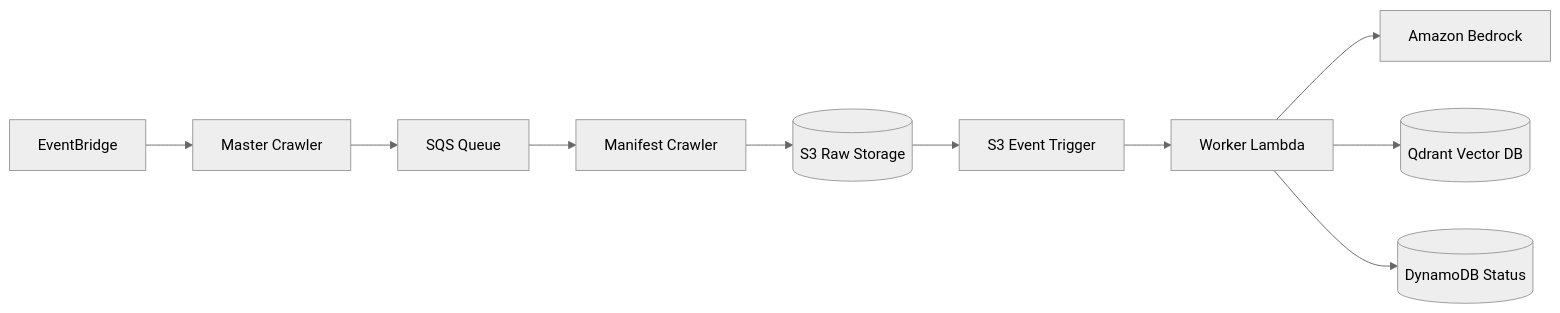
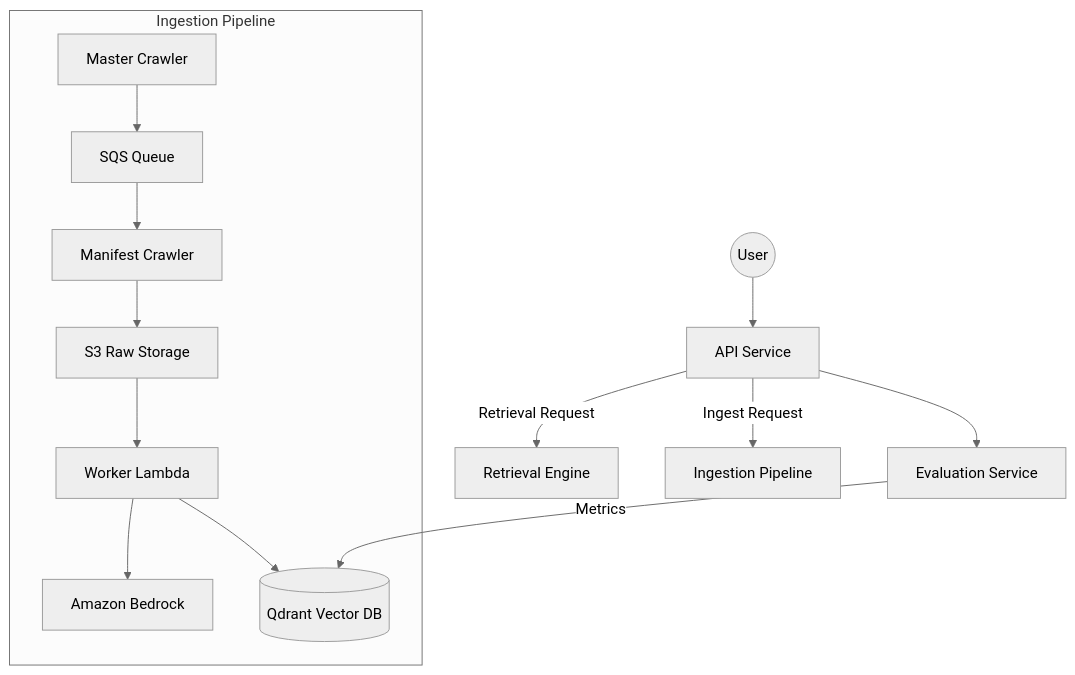
Before and after one commit to abhindeves/langchain_docs_rag: the diagram in openwiki/architecture/overview.md, drawn with Mermaid (neutral theme). The commit also changed other lines of this file and 14 other files, not shown here.

````diff
--- a/openwiki/architecture/overview.md
+++ b/openwiki/architecture/overview.md
@@ -49,12 +25,18 @@
 ```mermaid
-flowchart LR
-    EB[EventBridge] --> MC[Master Crawler]
-    MC --> Q[SQS Queue]
-    Q --> ManC[Manifest Crawler]
-    ManC --> S3Raw[(S3 Raw Storage)]
-    S3Raw --> S3Trigger[S3 Event Trigger]
-    S3Trigger --> Worker[Worker Lambda]
-    Worker --> Bedrock[Amazon Bedrock]
-    Worker --> Qdrant[(Qdrant Vector DB)]
-    Worker --> DDB[(DynamoDB Status)]
+flowchart TB
+    User((User)) --> API[API Service]
+    API -->|Retrieval Request| RAG[Retrieval Engine]
+    API -->|Ingest Request| Ingestion[Ingestion Pipeline]
+    
+    subgraph Ingestion Pipeline
+        MC[Master Crawler] --> SQS[SQS Queue]
+        SQS --> ManC[Manifest Crawler]
+        ManC --> S3[S3 Raw Storage]
+        S3 --> Worker[Worker Lambda]
+        Worker --> Bedrock[Amazon Bedrock]
+        Worker --> DB[(Qdrant Vector DB)]
+    end
+
+    API --> Eval[Evaluation Service]
+    Eval -->|Metrics| DB
 ```
````
